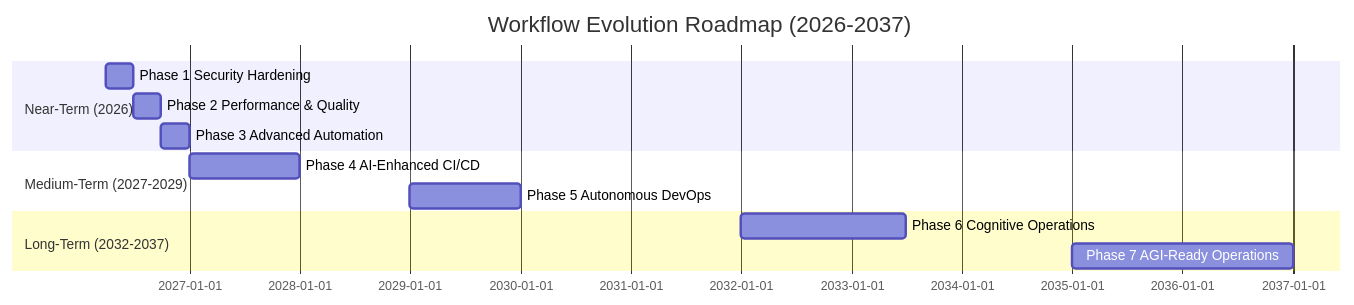
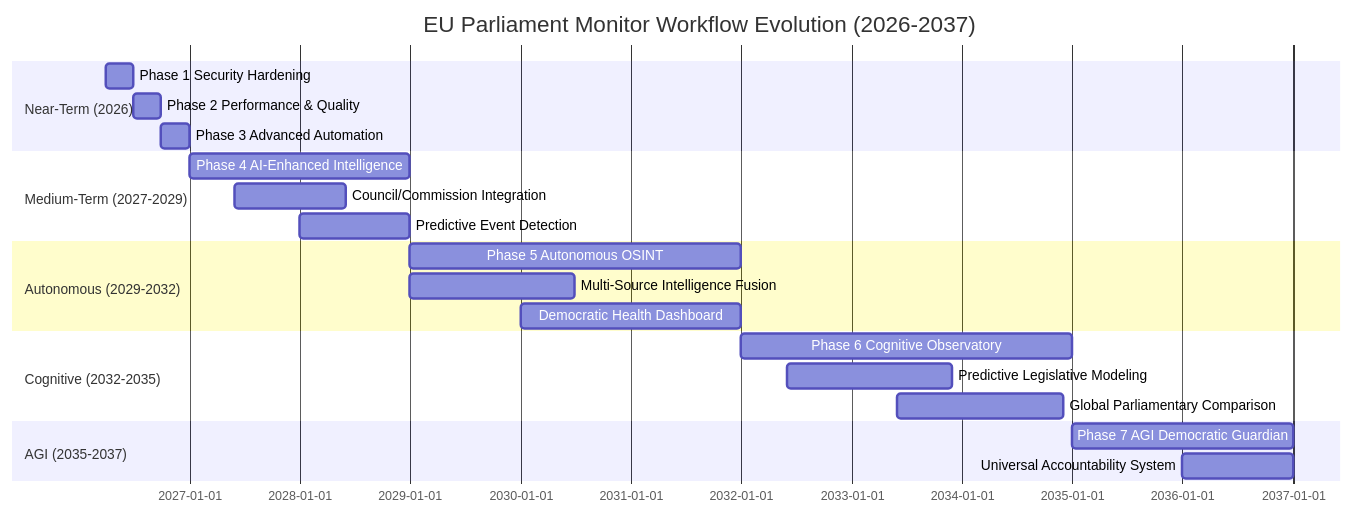
The tenth of 11 diagrams in docs/api/media/FUTURE_WORKFLOWS.md (Hack23/euparliamentmonitor), drawn with Mermaid before and after one commit. The commit also changed other lines of this file and 1058 other files, not shown here.

````diff
--- a/docs/api/media/FUTURE_WORKFLOWS.md
+++ b/docs/api/media/FUTURE_WORKFLOWS.md
@@ -918,18 +1070,29 @@
 ```mermaid
 gantt
-    title Workflow Evolution Roadmap (2026-2037)
+    title EU Parliament Monitor Workflow Evolution (2026-2037)
     dateFormat YYYY-MM
 
     section Near-Term (2026)
-    Phase 1 Security Hardening     :p1, 2026-04, 3M
-    Phase 2 Performance & Quality  :p2, 2026-07, 3M
-    Phase 3 Advanced Automation    :p3, 2026-10, 3M
+    Phase 1 Security Hardening           :p1, 2026-04, 3M
+    Phase 2 Performance & Quality        :p2, 2026-07, 3M
+    Phase 3 Advanced Automation          :p3, 2026-10, 3M
 
     section Medium-Term (2027-2029)
-    Phase 4 AI-Enhanced CI/CD      :p4, 2027-01, 12M
-    Phase 5 Autonomous DevOps      :p5, 2029-01, 12M
+    Phase 4 AI-Enhanced Intelligence     :p4, 2027-01, 24M
+    Council/Commission Integration       :p4a, 2027-06, 12M
+    Predictive Event Detection           :p4b, 2028-01, 12M
 
-    section Long-Term (2032-2037)
-    Phase 6 Cognitive Operations   :p6, 2032-01, 18M
-    Phase 7 AGI-Ready Operations   :p7, 2035-01, 24M
+    section Autonomous (2029-2032)
+    Phase 5 Autonomous OSINT             :p5, 2029-01, 36M
+    Multi-Source Intelligence Fusion     :p5a, 2029-01, 18M
+    Democratic Health Dashboard          :p5b, 2030-01, 24M
+
+    section Cognitive (2032-2035)
+    Phase 6 Cognitive Observatory        :p6, 2032-01, 36M
+    Predictive Legislative Modeling      :p6a, 2032-06, 18M
+    Global Parliamentary Comparison      :p6b, 2033-06, 18M
+
+    section AGI (2035-2037)
+    Phase 7 AGI Democratic Guardian      :p7, 2035-01, 24M
+    Universal Accountability System      :p7a, 2036-01, 12M
 ```
````
